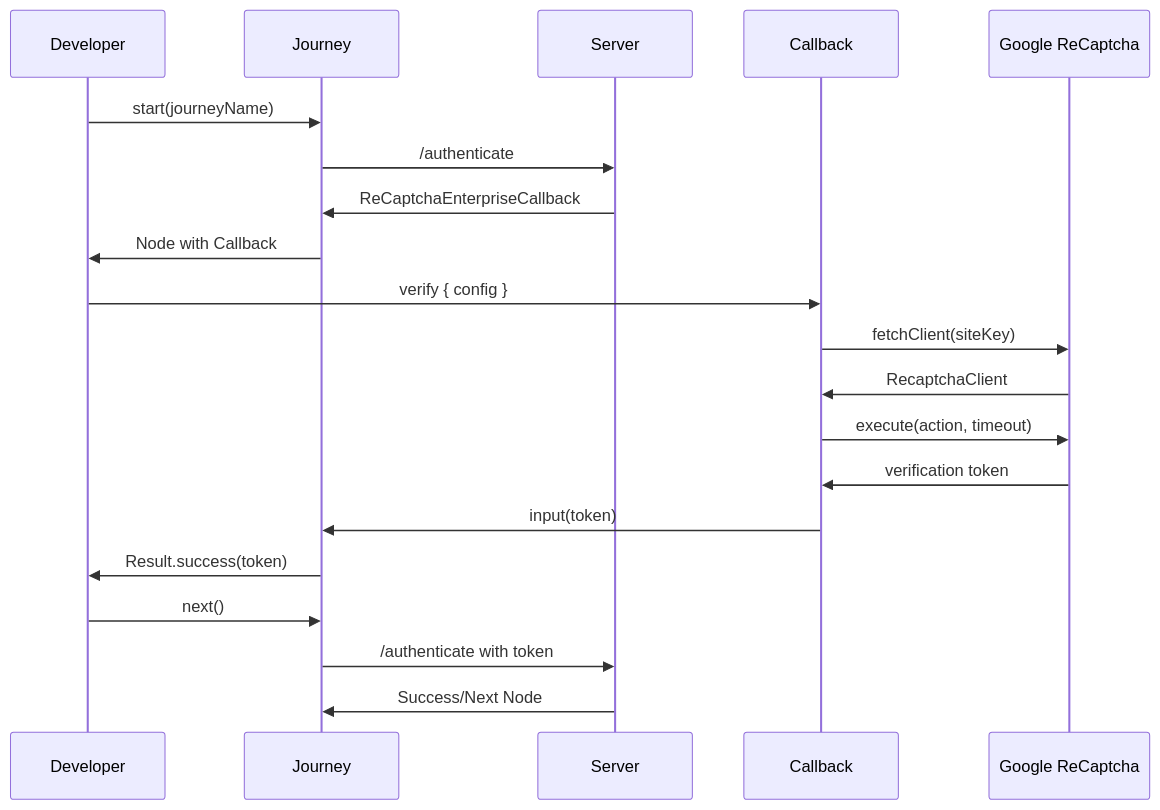
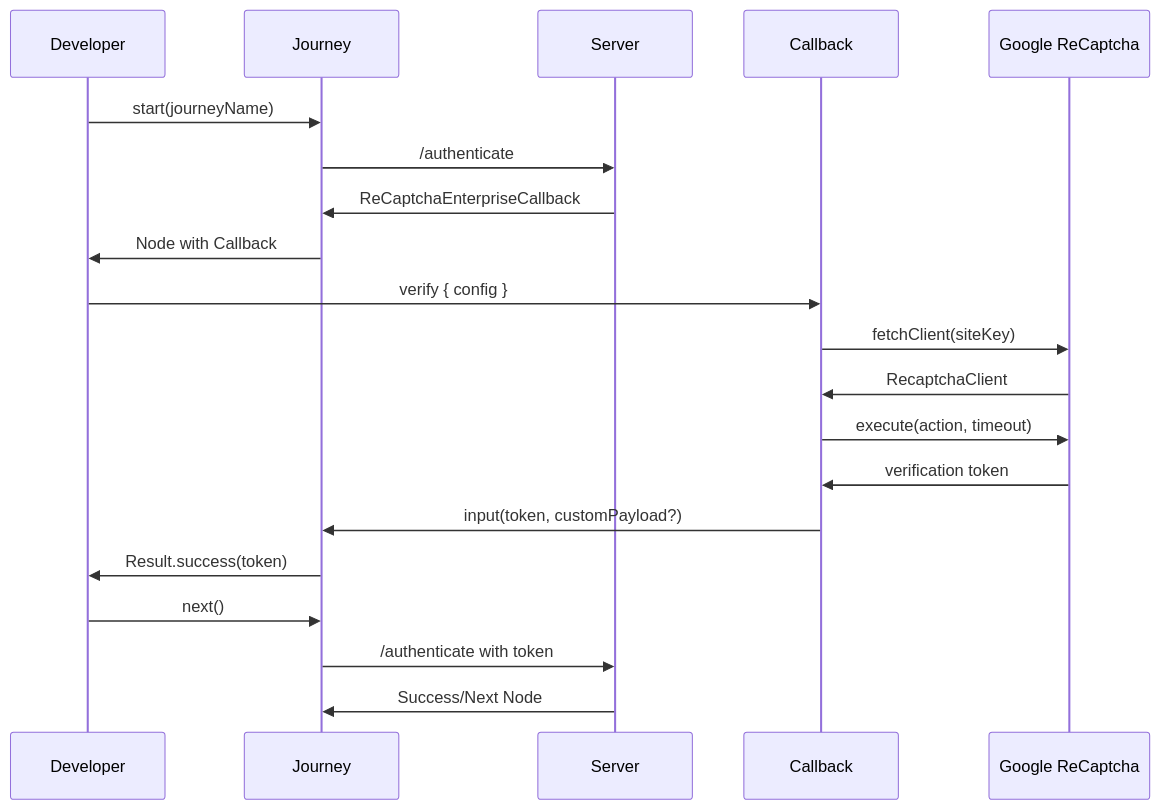
Before and after one commit to ForgeRock/ping-android-sdk: the first of 2 diagrams in recaptcha/README.md, drawn with Mermaid. The commit also changed other lines of this file, not shown here.

````diff
--- a/recaptcha/README.md
+++ b/recaptcha/README.md
@@ -11,17 +11,17 @@
 ```mermaid
 sequenceDiagram
     Developer ->> Journey: start(journeyName)
     Journey ->> Server: /authenticate
     Server ->> Journey: ReCaptchaEnterpriseCallback
     Journey ->> Developer: Node with Callback
     Developer ->> Callback: verify { config }
     Callback ->> Google ReCaptcha: fetchClient(siteKey)
     Google ReCaptcha ->> Callback: RecaptchaClient
     Callback ->> Google ReCaptcha: execute(action, timeout)
     Google ReCaptcha ->> Callback: verification token
-    Callback ->> Journey: input(token)
+    Callback ->> Journey: input(token, customPayload?)
     Journey ->> Developer: Result.success(token)
     Developer ->> Journey: next()
     Journey ->> Server: /authenticate with token
     Server ->> Journey: Success/Next Node
 ```
````
